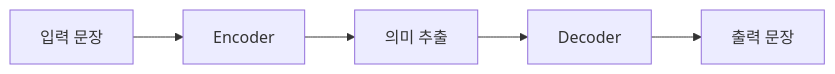
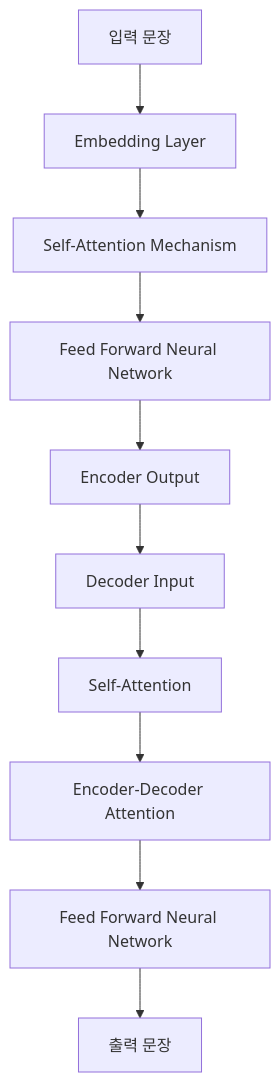
Before and after one commit to kdkim2000/sLLM: the first of 3 diagrams in chapter1/README.md, drawn with Mermaid. The commit also changed other lines of this file, not shown here.

````diff
--- a/chapter1/README.md
+++ b/chapter1/README.md
@@ -21,7 +21,12 @@
 ```mermaid
-graph LR
-A[입력 문장] --> B[Encoder]
-B --> C[의미 추출]
-C --> D[Decoder]
-D --> E[출력 문장]
+graph TB
+A[입력 문장] --> B[Embedding Layer]
+B --> C[Self-Attention Mechanism]
+C --> D[Feed Forward Neural Network]
+D --> E[Encoder Output]
+E --> F[Decoder Input]
+F --> G[Self-Attention]
+G --> H[Encoder-Decoder Attention]
+H --> I[Feed Forward Neural Network]
+I --> J[출력 문장]
 ```
````
